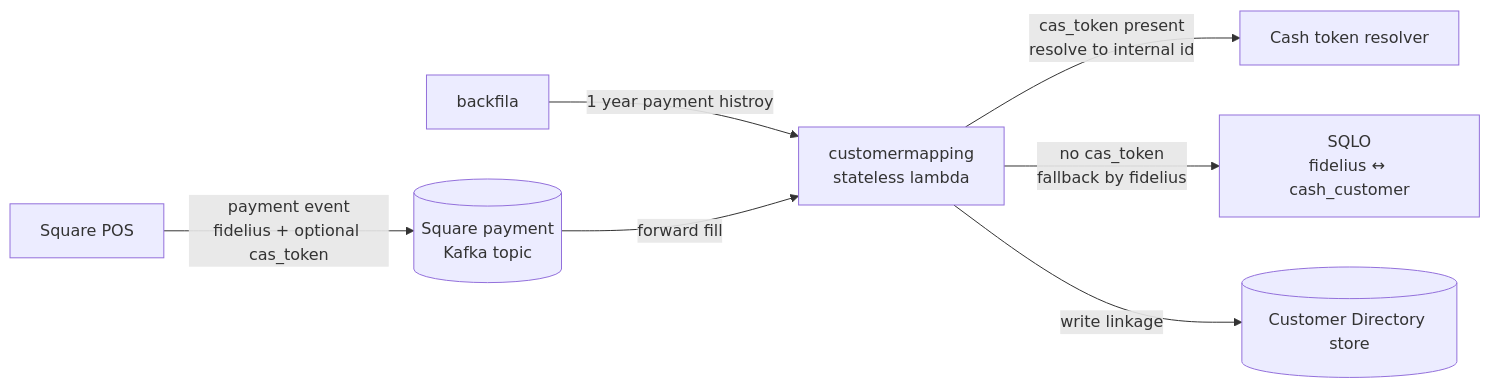
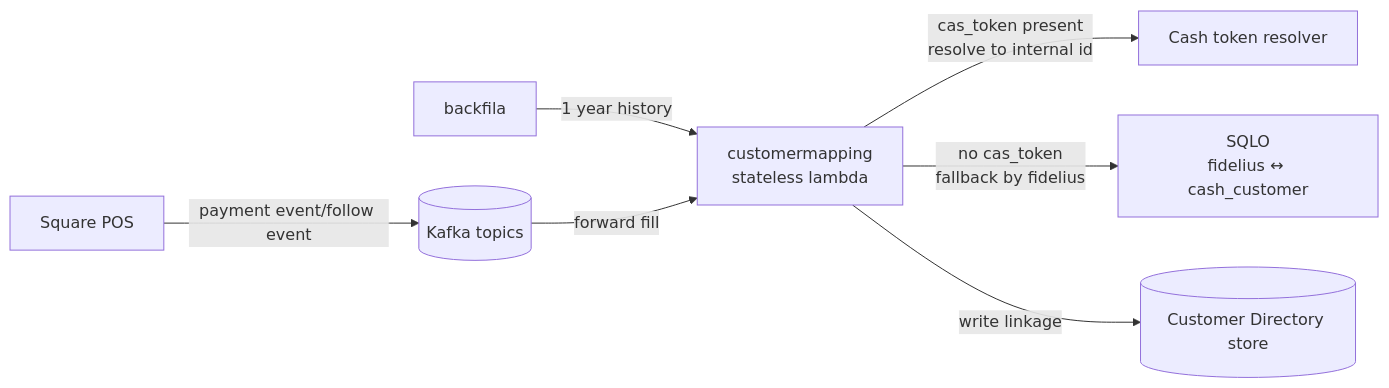
The second of 2 diagrams in knowledge/records/coinbase/cash-neighborhoods-technical.md (zyqxd/resume), drawn with Mermaid before and after one commit. The commit also changed other lines of this file and 1 other file, not shown here.

````diff
--- a/knowledge/records/coinbase/cash-neighborhoods-technical.md
+++ b/knowledge/records/coinbase/cash-neighborhoods-technical.md
@@ -126,11 +128,11 @@
 ```mermaid
 flowchart LR
-    POS[Square POS] -->|payment event<br/>fidelius + optional cas_token| Kafka[(Square payment<br/>Kafka topic)]
-    Backfill[backfila] -->|1 year payment histroy| CM
+    POS[Square POS] -->|payment event/follow event| Kafka[(Kafka topics)]
+    Backfill[backfila] -->|1 year history| CM
     Kafka -->|forward fill| CM[customermapping<br/>stateless lambda]
 
     CM -->|cas_token present<br/>resolve to internal id| Cash[Cash token resolver]
     CM -->|no cas_token<br/>fallback by fidelius| SQLO[SQLO<br/>fidelius ↔ cash_customer]
 
     CM -->|write linkage| Store[(Customer Directory store)]
 ```
````
